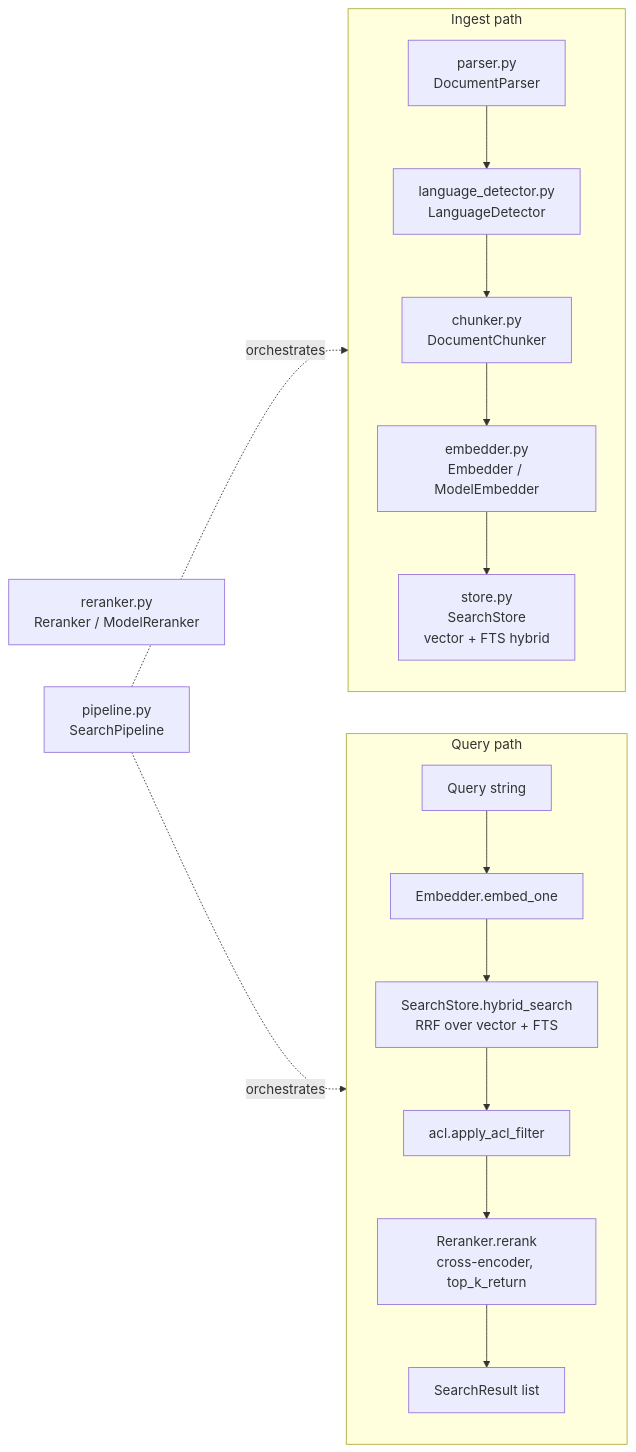
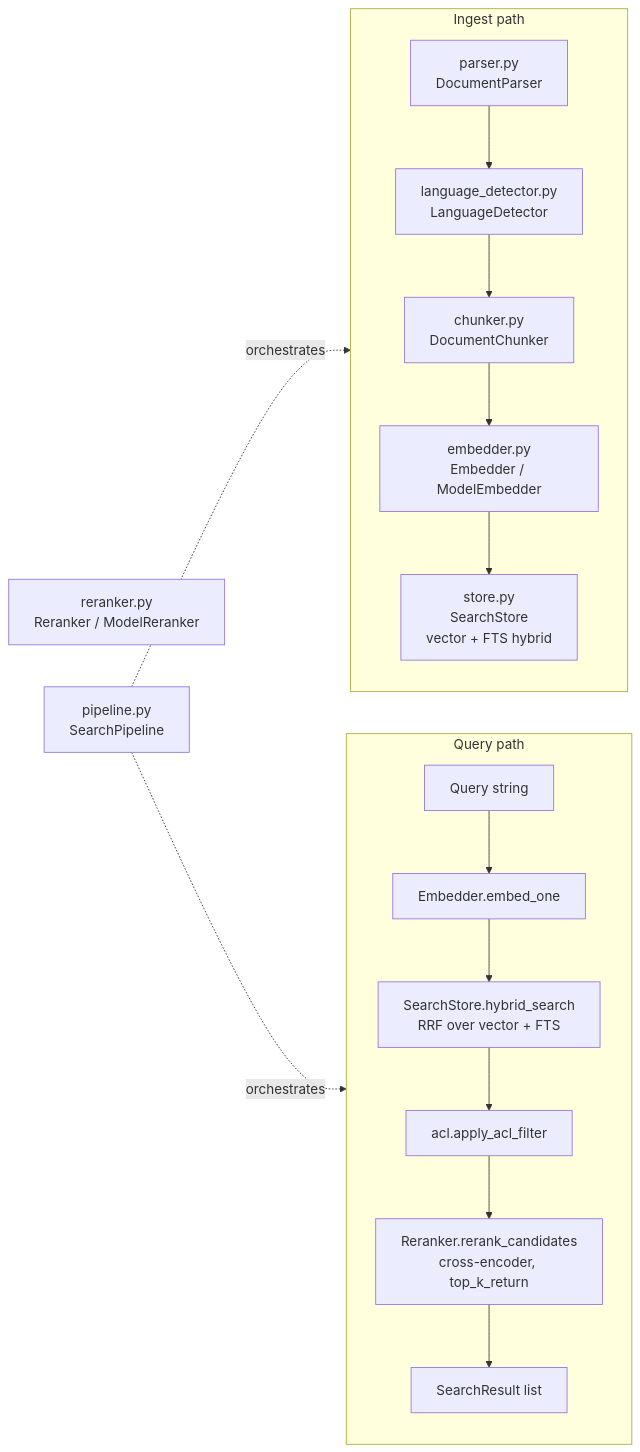
One commit to user538295/archon-search changed the third of 3 diagrams in Documentation/Architecture/100_system_architecture_overview.md. Above: the diagram before and after it, drawn with Mermaid. The commit also changed other lines of this file and 5 other files, not shown here.

First line of the commit message:
fix(reranker): populate reranker_score in Reranker.rerank()

````diff
--- a/Documentation/Architecture/100_system_architecture_overview.md
+++ b/Documentation/Architecture/100_system_architecture_overview.md
@@ -89,27 +89,27 @@
 ```mermaid
 flowchart LR
     Q[Query string]
     P[parser.py<br/>DocumentParser]
     C[chunker.py<br/>DocumentChunker]
     E[embedder.py<br/>Embedder / ModelEmbedder]
     S[store.py<br/>SearchStore<br/>vector + FTS hybrid]
     R[reranker.py<br/>Reranker / ModelReranker]
     PL[pipeline.py<br/>SearchPipeline]
 
     LD[language_detector.py<br/>LanguageDetector]
 
     subgraph ingest[Ingest path]
       P --> LD --> C --> E --> S
     end
 
     subgraph query[Query path]
       Q --> E2[Embedder.embed_one]
       E2 --> SH[SearchStore.hybrid_search<br/>RRF over vector + FTS]
       SH --> ACL[acl.apply_acl_filter]
-      ACL --> R2[Reranker.rerank<br/>cross-encoder, top_k_return]
+      ACL --> R2[Reranker.rerank_candidates<br/>cross-encoder, top_k_return]
       R2 --> OUT[SearchResult list]
     end
 
     PL -.orchestrates.-> ingest
     PL -.orchestrates.-> query
 ```
````
